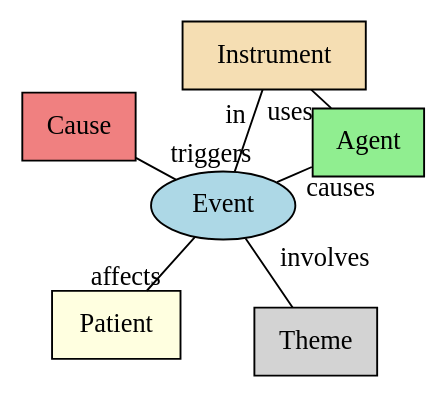
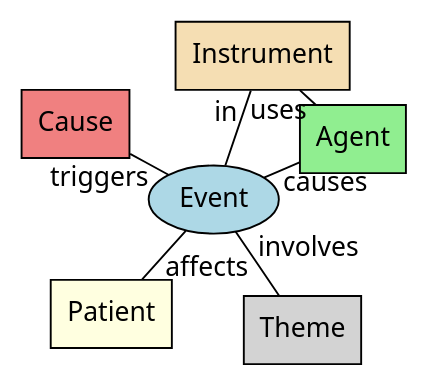
One commit to FrameNetBrasil/webtool4 changed the eighth of 8 diagrams in app/UI/views/Documentation/background/events.md. Above: the diagram before and after it, drawn with Graphviz. The commit also changed 3 other files, not shown here.

````diff
--- a/app/UI/views/Documentation/background/events.md
+++ b/app/UI/views/Documentation/background/events.md
@@ -670,24 +670,28 @@
 ```dot
 graph {
-    graph [fontname = "Noto Sans"];
+// Set default font for the entire graph
+      graph [fontname="Noto Sans"];
+      node [fontname="Noto Sans"];
+      edge [fontname="Noto Sans"];
+
     layout=neato;
     overlap=false;
     splines=true;
 
     // Frame nodes
     Event [shape=ellipse, style=filled, fillcolor=lightblue];
     Agent [shape=box, style=filled, fillcolor=lightgreen];
     Patient [shape=box, style=filled, fillcolor=lightyellow];
     Cause [shape=box, style=filled, fillcolor=lightcoral];
     Theme [shape=box, style=filled, fillcolor=lightgray];
     Instrument [shape=box, style=filled, fillcolor=wheat];
 
     // Relationships
     Agent -- Event [label="causes"];
     Cause -- Event [label="triggers"];
     Event -- Patient [label="affects"];
     Event -- Theme [label="involves"];
     Agent -- Instrument [label="uses"];
     Instrument -- Event [label="in"];
 }
 ```
````
